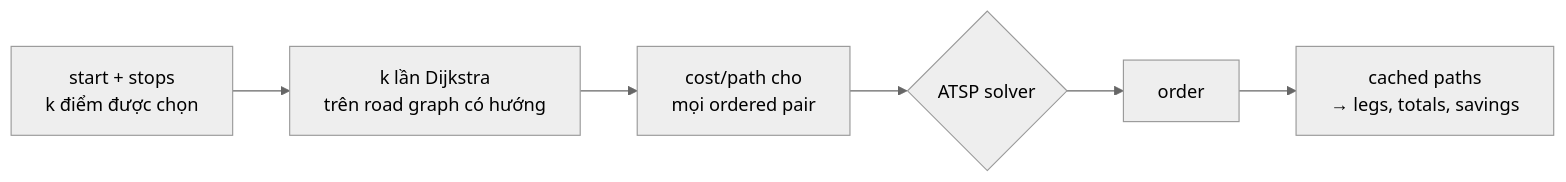
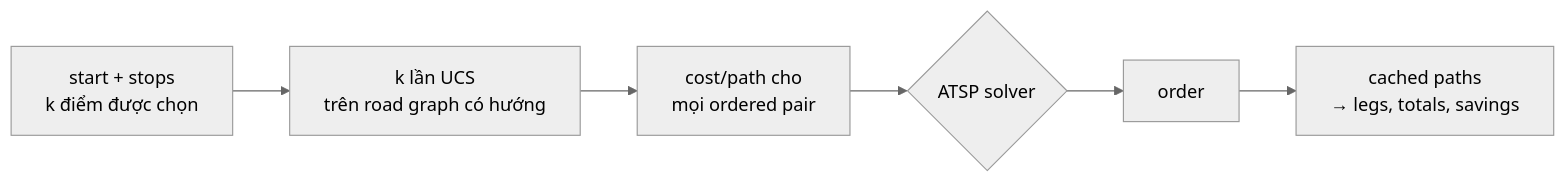
Before and after one commit to ThaiQuangHuy2906/Lab1_Searching: the first of 2 diagrams in report_algorithm.md, drawn with Mermaid (neutral theme). The commit also changed other lines of this file and 54 other files, not shown here.

````diff
--- a/report_algorithm.md
+++ b/report_algorithm.md
@@ -173,8 +173,8 @@
 ```mermaid
 flowchart LR
-    A["start + stops<br/>k điểm được chọn"] --> B["k lần Dijkstra<br/>trên road graph có hướng"]
+    A["start + stops<br/>k điểm được chọn"] --> B["k lần UCS<br/>trên road graph có hướng"]
     B --> C["cost/path cho<br/>mọi ordered pair"]
     C --> D{"ATSP solver"}
     D --> E["order"]
     E --> F["cached paths<br/>→ legs, totals, savings"]
 ```
````
